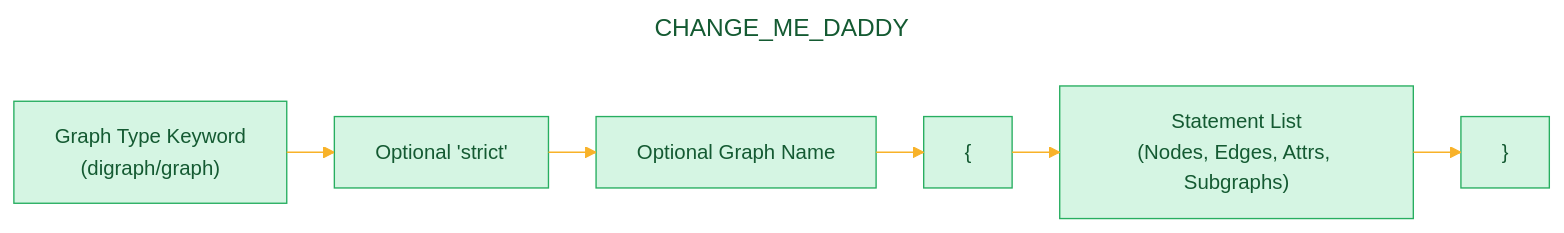
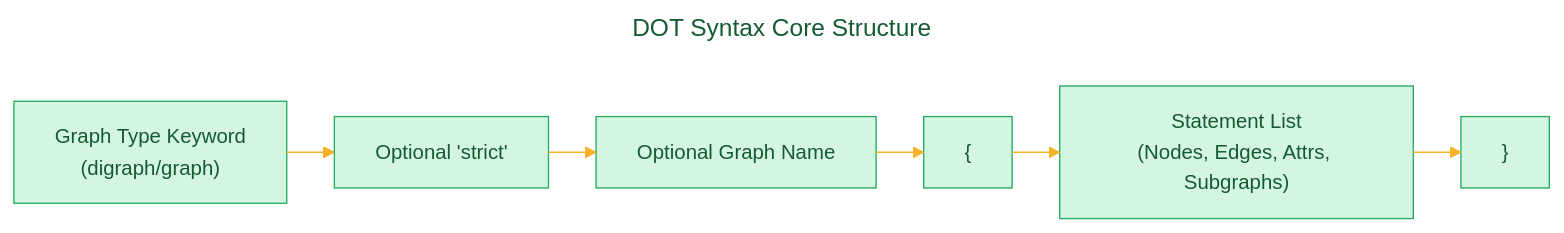
One commit to CongLeSolutionX/The-Language-Atlas changed the fourth of 9 diagrams in regions/DOT_language/PART_2/Gallery_of_DOT_Concepts.md. Above: the diagram before and after it, drawn with Mermaid. The commit also changed other lines of this file and 6 other files, not shown here.

````diff
--- a/regions/DOT_language/PART_2/Gallery_of_DOT_Concepts.md
+++ b/regions/DOT_language/PART_2/Gallery_of_DOT_Concepts.md
@@ -174,37 +174,37 @@
 ```mermaid
 ---
-title: "CHANGE_ME_DADDY"
+title: "DOT Syntax Core Structure"
 author: "Cong Le"
 version: "1.0"
 license(s): "MIT, CC BY 4.0"
 copyright: "Copyright (c) 2025 Cong Le. All Rights Reserved."
 config:
   layout: elk
   theme: base
 ---
 %%%%%%%% Mermaid version v11.4.1-b.14
 %%%%%%%% Available curve styles include the following keywords:
 %% basis, bumpX, bumpY, cardinal, catmullRom, linear, monotoneX, monotoneY, natural, step, stepAfter, stepBefore.
 %%{
   init: {
     'flowchart': { 'htmlLabels': true, 'curve': 'linear' },
     'fontFamily': 'Monaco',
     'themeVariables': {
       'primaryColor': '#D5F5E3',
       'primaryTextColor': '#145A32',
       'lineColor': '#F8B229',
       'primaryBorderColor': '#27AE60',
       'secondaryColor': '#EBDEF0',
       'secondaryTextColor': '#6C3483',
       'secondaryBorderColor': '#A569BD',
       'fontSize': '15px'
     }
   }
 }%%
 graph LR
     A["Graph Type Keyword<br/>(digraph/graph)"] --> B["Optional 'strict'"]
     B --> C["Optional Graph Name"]
     C --> D["{"]
     D --> E["Statement List<br/>(Nodes, Edges, Attrs, Subgraphs)"]
     E --> F["}"]
 ```
````
